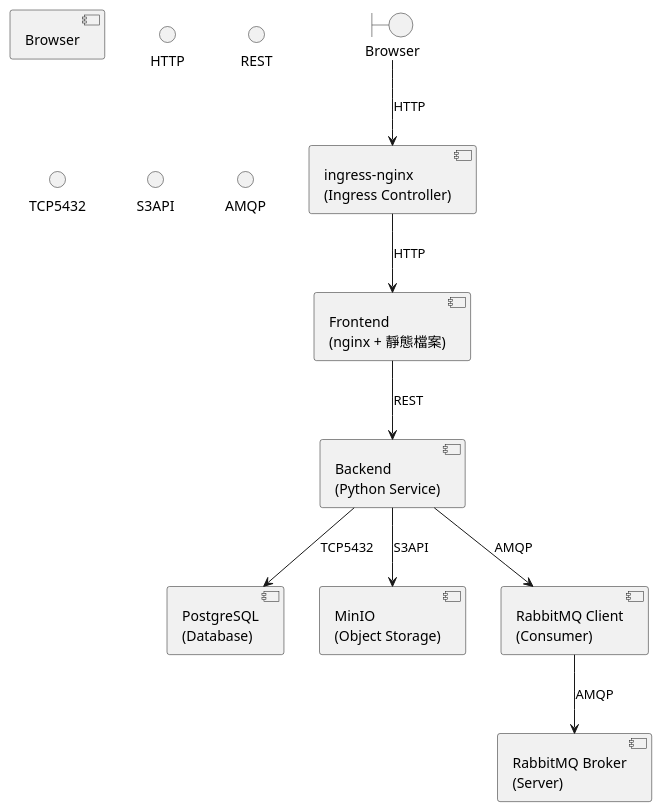
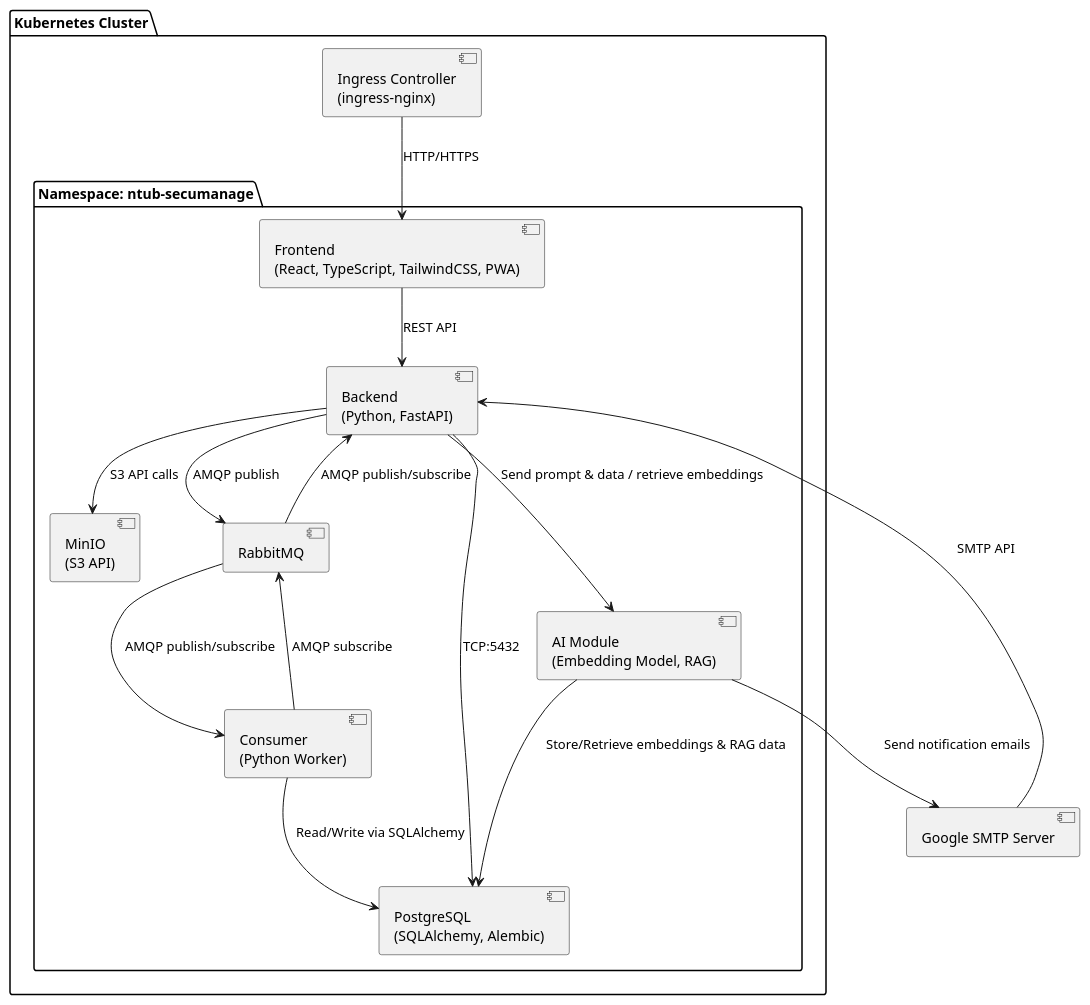
Before and after one commit to walle45611/NTUB_SecuManag_Diagram: the diagram in plantUML/component/component.puml, drawn with PlantUML.

Commit message:
(modify):元件圖調整

```diff
--- a/plantUML/component/component.puml
+++ b/plantUML/component/component.puml
@@ -1,33 +1,39 @@
 @startuml
-!pragma componentDiagram
 
-' 定義組件
-component Browser as UI
-component "ingress-nginx\n(Ingress Controller)" as Ingress
-component "Frontend\n(nginx + 靜態檔案)" as FE
-component "Backend\n(Python Service)" as BE
-component "PostgreSQL\n(Database)" as DB
-component "MinIO\n(Object Storage)" as S3
-component "RabbitMQ Client\n(Consumer)" as RMQClient
-component "RabbitMQ Broker\n(Server)" as RMQServer
+package "Kubernetes Cluster" {
+  component "Ingress Controller\n(ingress-nginx)" as Ingress
 
-' 外部系統
-boundary Browser
+  package "Namespace: ntub-secumanage" {
+    component "Frontend\n(React, TypeScript, TailwindCSS, PWA)" as Frontend
 
-' 接口定義
-interface HTTP
-interface REST
-interface TCP5432
-interface S3API
-interface AMQP
+    component "Backend\n(Python, FastAPI)" as Backend
 
-' 連線關係
-Browser -down-> Ingress : HTTP
-Ingress --> FE       : HTTP
-FE --> BE            : REST
-BE --> DB            : TCP5432
-BE --> S3            : S3API
-BE --> RMQClient     : AMQP
-RMQClient --> RMQServer : AMQP
+    component "RabbitMQ" as RabbitMQ
+
+    component "MinIO\n(S3 API)" as MinIO
+
+    component "PostgreSQL\n(SQLAlchemy, Alembic)" as Database
+
+    component "Consumer\n(Python Worker)" as Consumer
+
+    component "AI Module\n(Embedding Model, RAG)" as AIModule
+  }
+}
+
+component "Google SMTP Server" as SMTP
+
+Ingress --> Frontend : "HTTP/HTTPS"
+Frontend --> Backend : "REST API"
+Backend --> RabbitMQ : "AMQP publish"
+Consumer --> RabbitMQ : "AMQP subscribe"
+Consumer --> Database : "Read/Write via SQLAlchemy"
+Backend --> MinIO : "S3 API calls"
+Backend --> Database : "TCP:5432"
+Backend --> AIModule : "Send prompt & data / retrieve embeddings"
+AIModule --> Database : "Store/Retrieve embeddings & RAG data"
+AIModule --> SMTP : "Send notification emails"
+SMTP --> Backend : "SMTP API"
+RabbitMQ --> Consumer : "AMQP publish/subscribe"
+RabbitMQ --> Backend : "AMQP publish/subscribe"
 
 @enduml
```
